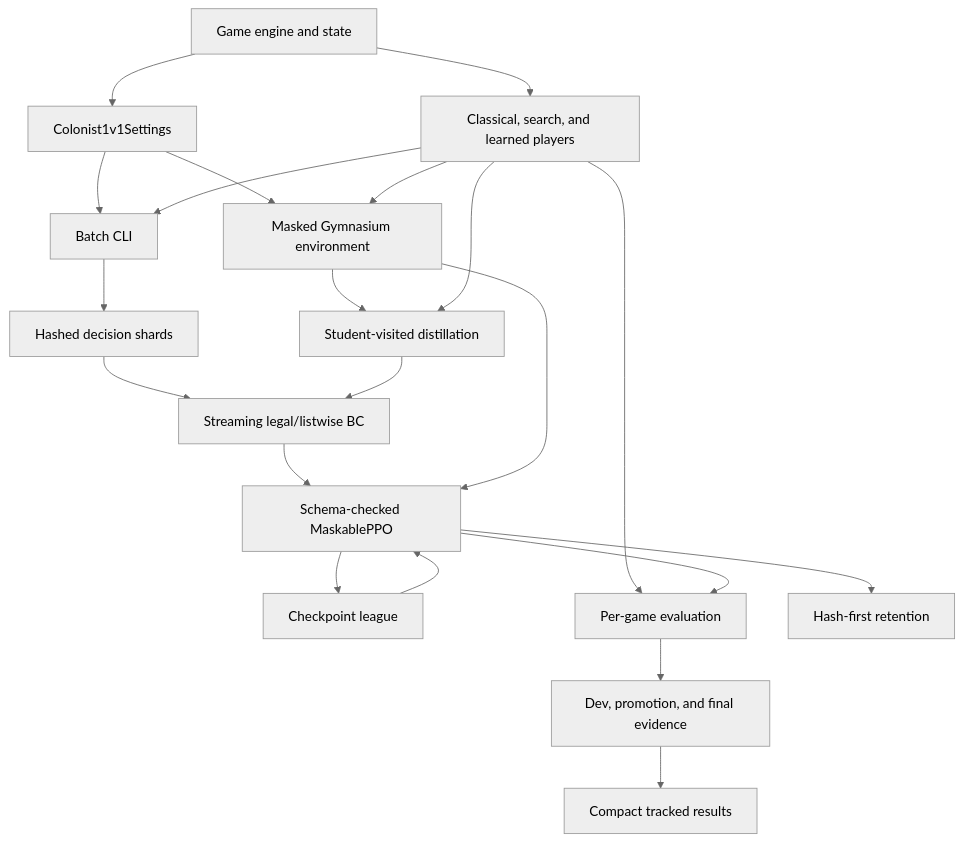
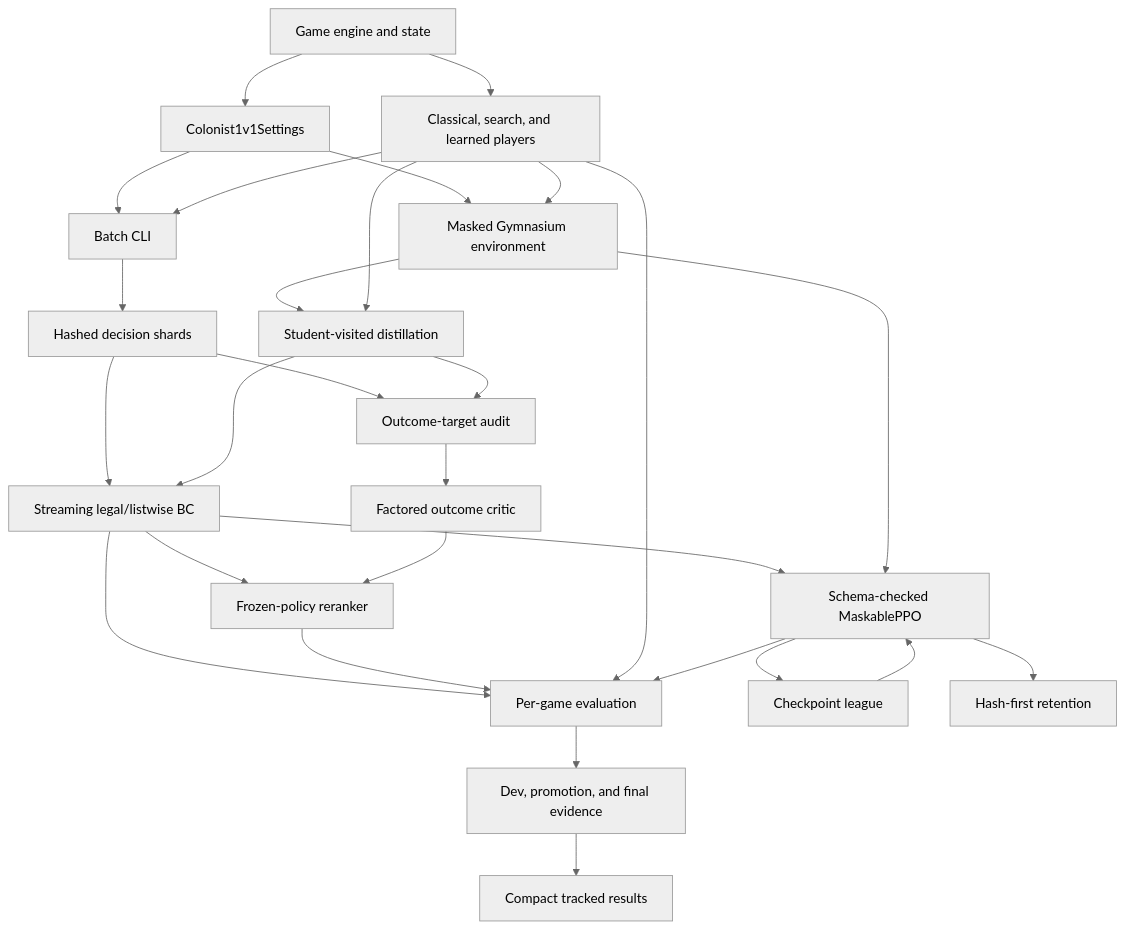
One commit to PeterLP123/catanatron-1v1 changed the diagram in docs/ARCHITECTURE.md. Above: the diagram before and after it, drawn with Mermaid (neutral theme). The commit also changed other lines of this file and 82 other files, not shown here.

````diff
--- a/docs/ARCHITECTURE.md
+++ b/docs/ARCHITECTURE.md
@@ -7,23 +7,30 @@
 ```mermaid
 flowchart TD
     Core["Game engine and state"] --> Rules["Colonist1v1Settings"]
     Core --> Players["Classical, search, and learned players"]
     Rules --> CLI["Batch CLI"]
     Rules --> Gym["Masked Gymnasium environment"]
     Players --> CLI
     Players --> Gym
     CLI --> Data["Hashed decision shards"]
     Gym --> Distill["Student-visited distillation"]
     Players --> Distill
     Data --> BC["Streaming legal/listwise BC"]
     Distill --> BC
+    Data --> Targets["Outcome-target audit"]
+    Distill --> Targets
+    Targets --> Critic["Factored outcome critic"]
+    BC --> Reranker["Frozen-policy reranker"]
+    Critic --> Reranker
+    BC --> Eval
+    Reranker --> Eval
     BC --> PPO["Schema-checked MaskablePPO"]
     Gym --> PPO
     PPO --> League["Checkpoint league"]
     League --> PPO
     Players --> Eval["Per-game evaluation"]
     PPO --> Eval
     Eval --> Gates["Dev, promotion, and final evidence"]
     Gates --> Results["Compact tracked results"]
     PPO --> Artifacts["Hash-first retention"]
 ```
````
